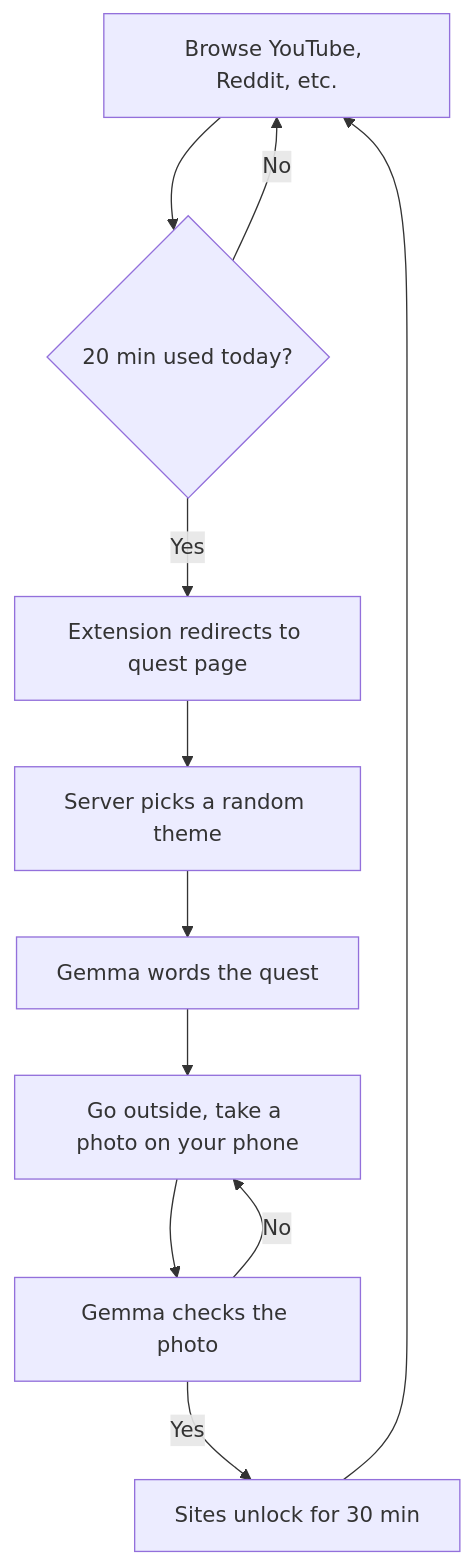
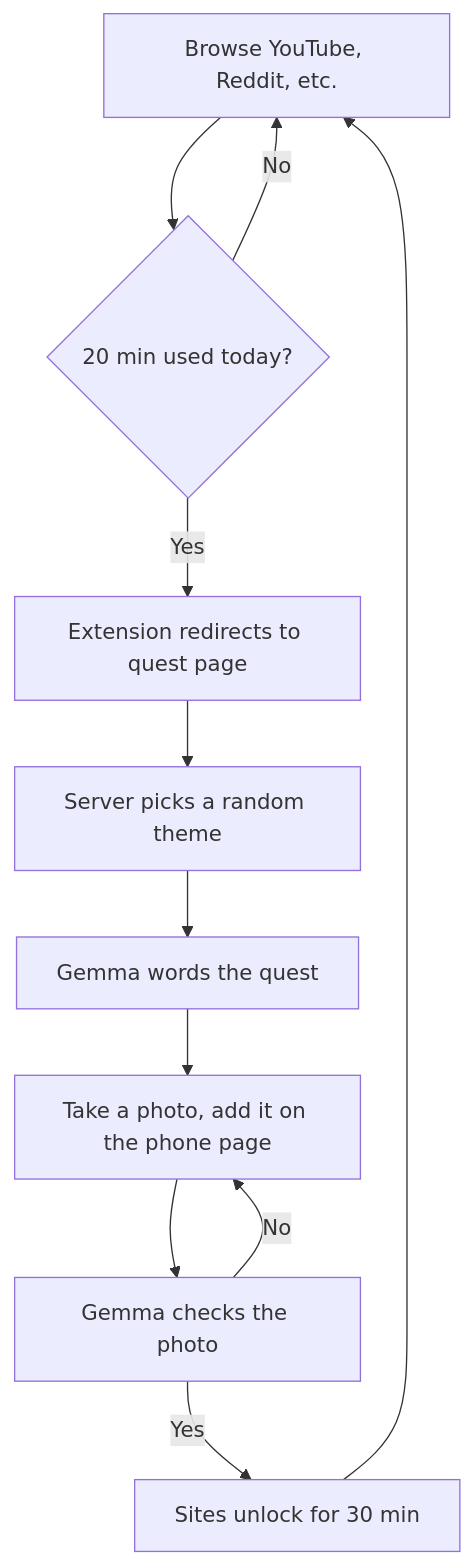
The first of 2 diagrams in README.md (mauryasagar/outside-leash), drawn with Mermaid before and after one commit. The commit also changed other lines of this file, not shown here.

Commit message:
Update README with repo link and photo age rule

````diff
--- a/README.md
+++ b/README.md
@@ -24,13 +24,13 @@
 ```mermaid
 flowchart TD
     A["Browse YouTube, Reddit, etc."] --> B{"20 min used today?"}
     B -- No --> A
     B -- Yes --> C["Extension redirects to quest page"]
     C --> D["Server picks a random theme"]
     D --> E["Gemma words the quest"]
-    E --> F["Go outside, take a photo on your phone"]
+    E --> F["Take a photo, add it on the phone page"]
     F --> G["Gemma checks the photo"]
     G -- No --> F
     G -- Yes --> H["Sites unlock for 30 min"]
     H --> A
 ```
````
